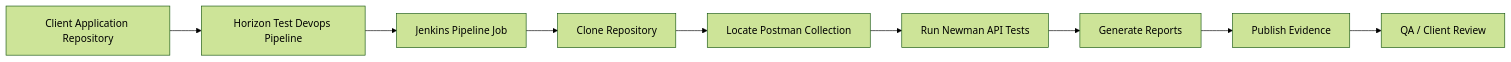
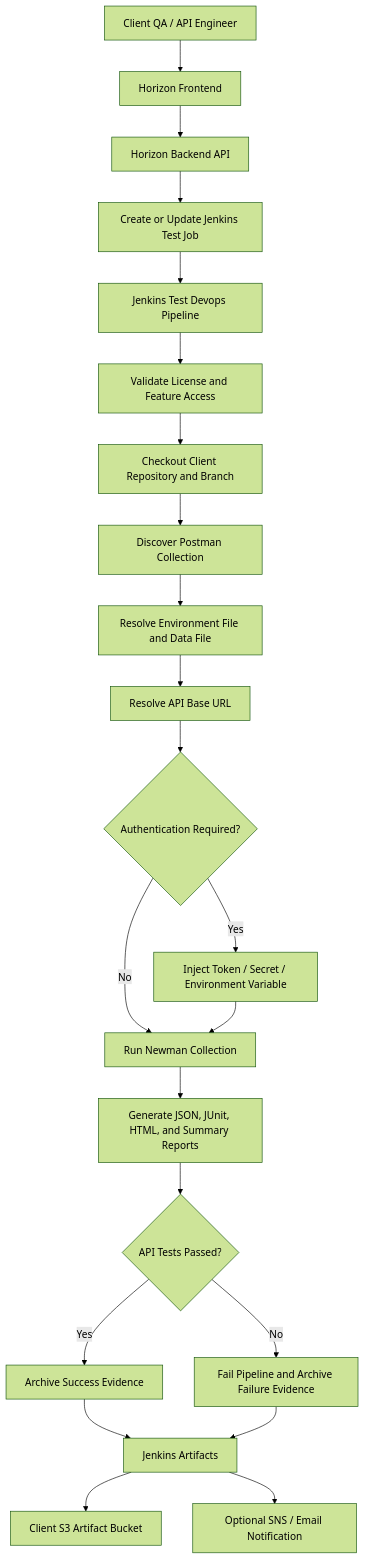
The first of 2 diagrams in docs/newman-api-test-framework.md (ankur1825/horizon-demo-angular), drawn with Mermaid (forest theme) before and after one commit. The commit also changed other lines of this file and 3 other files, not shown here.

````diff
--- a/docs/newman-api-test-framework.md
+++ b/docs/newman-api-test-framework.md
@@ -76,11 +78,24 @@
 ```mermaid
-flowchart LR
-  A["Client Application Repository"] --> B["Horizon Test Devops Pipeline"]
-  B --> C["Jenkins Pipeline Job"]
-  C --> D["Clone Repository"]
-  D --> E["Locate Postman Collection"]
-  E --> F["Run Newman API Tests"]
-  F --> G["Generate Reports"]
-  G --> H["Publish Evidence"]
-  H --> I["QA / Client Review"]
+flowchart TD
+  A["Client QA / API Engineer"] --> B["Horizon Frontend"]
+  B --> C["Horizon Backend API"]
+  C --> D["Create or Update Jenkins Test Job"]
+  D --> E["Jenkins Test Devops Pipeline"]
+  E --> F["Validate License and Feature Access"]
+  F --> G["Checkout Client Repository and Branch"]
+  G --> H["Discover Postman Collection"]
+  H --> I["Resolve Environment File and Data File"]
+  I --> J["Resolve API Base URL"]
+  J --> K{"Authentication Required?"}
+  K -- "No" --> L["Run Newman Collection"]
+  K -- "Yes" --> M["Inject Token / Secret / Environment Variable"]
+  M --> L
+  L --> N["Generate JSON, JUnit, HTML, and Summary Reports"]
+  N --> O{"API Tests Passed?"}
+  O -- "Yes" --> P["Archive Success Evidence"]
+  O -- "No" --> Q["Fail Pipeline and Archive Failure Evidence"]
+  P --> R["Jenkins Artifacts"]
+  Q --> R
+  R --> S["Client S3 Artifact Bucket"]
+  R --> T["Optional SNS / Email Notification"]
 ```
````
